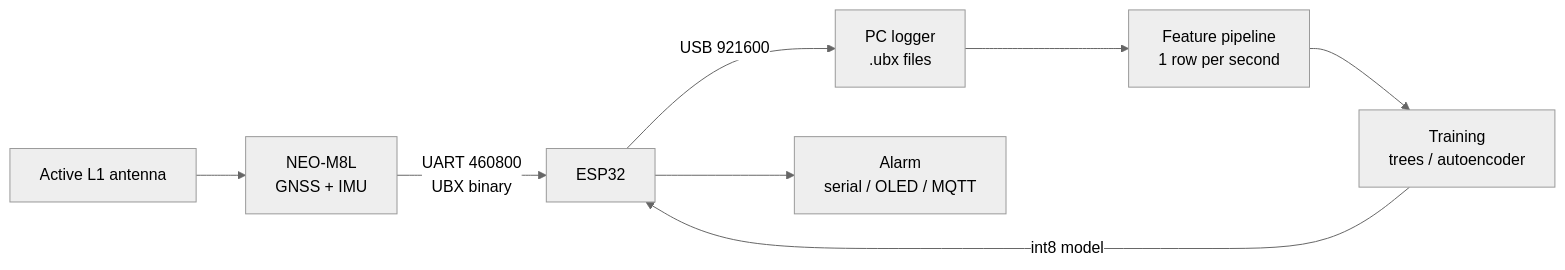
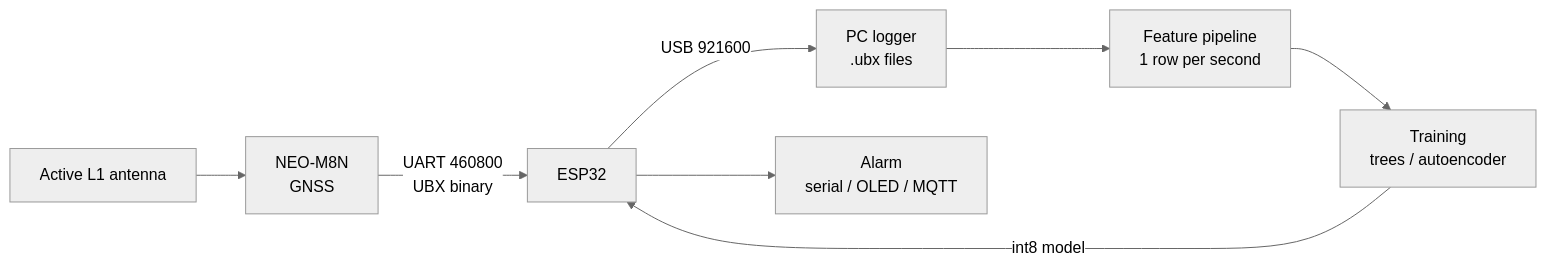
One commit to Majorwhiskey/GNSS-GUARD changed the diagram in README.md. Above: the diagram before and after it, drawn with Mermaid (neutral theme). The commit also changed other lines of this file and 9 other files, not shown here.

First line of the commit message:
Correct receiver to NEO-M8N and remove IMU features

````diff
--- a/README.md
+++ b/README.md
@@ -39,10 +39,10 @@
 ```mermaid
 flowchart LR
-    ANT[Active L1 antenna] --> M8L[NEO-M8L<br/>GNSS + IMU]
-    M8L -->|UART 460800<br/>UBX binary| ESP[ESP32]
+    ANT[Active L1 antenna] --> M8N[NEO-M8N<br/>GNSS]
+    M8N -->|UART 460800<br/>UBX binary| ESP[ESP32]
     ESP -->|USB 921600| PC[PC logger<br/>.ubx files]
     PC --> FEAT[Feature pipeline<br/>1 row per second]
     FEAT --> TRAIN[Training<br/>trees / autoencoder]
     TRAIN -->|int8 model| ESP
     ESP --> ALERT[Alarm<br/>serial / OLED / MQTT]
 ```
````
